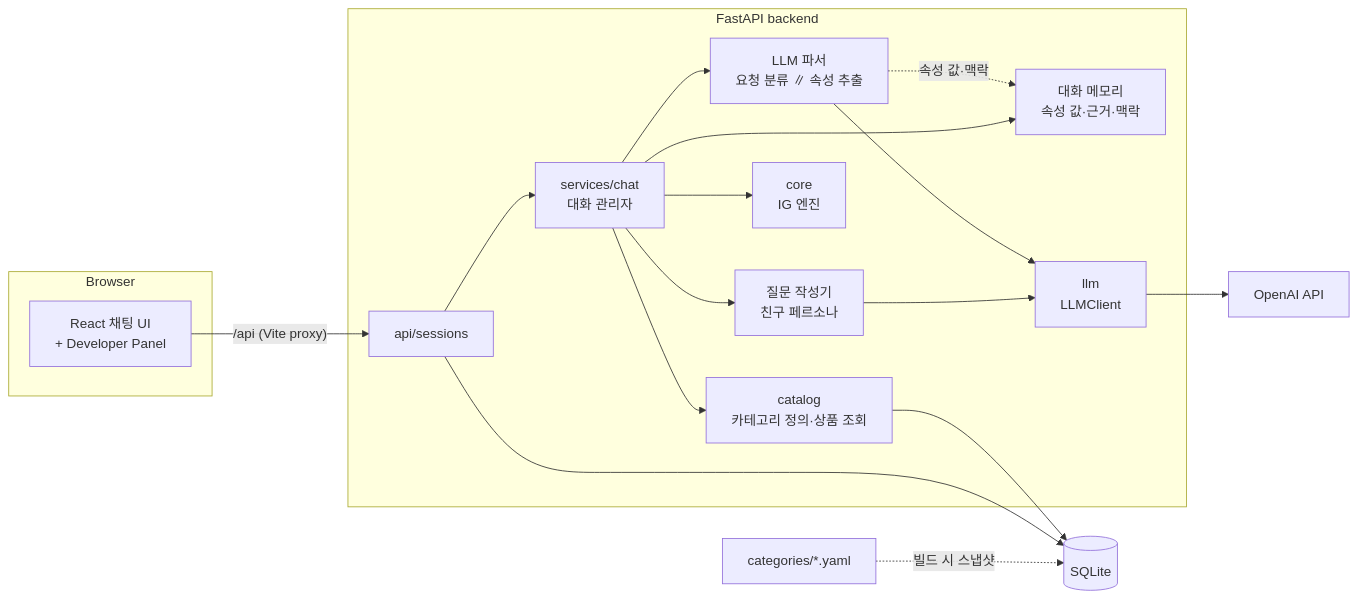
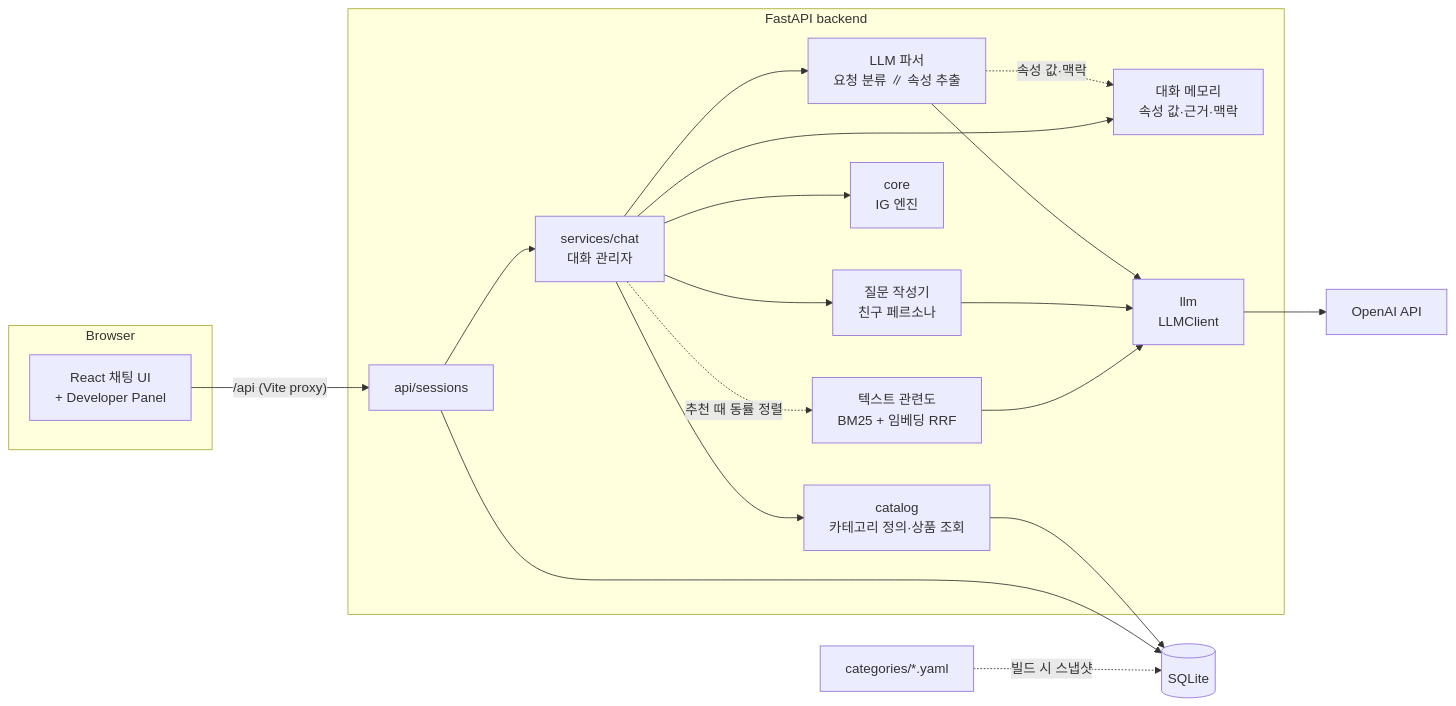
Before and after one commit to qazcdesnu/llm-hw2-demo: the first of 4 diagrams in docs/architecture.md, drawn with Mermaid. The commit also changed other lines of this file and 49 other files, not shown here.

First line of the commit message:
feat: 예산 직접 묻기, 영어 사용자 대응, 주 용도 동률 정렬, 텍스트 관련도, 팀 공유 문서

````diff
--- a/docs/architecture.md
+++ b/docs/architecture.md
@@ -13,31 +13,33 @@
 ```mermaid
 flowchart LR
     subgraph Browser
         UI[React 채팅 UI<br/>+ Developer Panel]
     end
     subgraph Backend[FastAPI backend]
         API[api/sessions]
         CHAT[services/chat<br/>대화 관리자]
         PARSER[LLM 파서<br/>요청 분류 ∥ 속성 추출]
         MEMORY[대화 메모리<br/>속성 값·근거·맥락]
         WRITER[질문 작성기<br/>친구 페르소나]
         CORE[core<br/>IG 엔진]
+        REL[텍스트 관련도<br/>BM25 + 임베딩 RRF]
         CATALOG[catalog<br/>카테고리 정의·상품 조회]
         LLM[llm<br/>LLMClient]
     end
     DB[(SQLite)]
     OPENAI[OpenAI API]
     YAML[categories/*.yaml]
 
     UI -- "/api (Vite proxy)" --> API
     API --> CHAT
     CHAT --> PARSER --> LLM --> OPENAI
     PARSER -. 속성 값·맥락 .-> MEMORY
     CHAT --> MEMORY
     CHAT --> WRITER --> LLM
     CHAT --> CORE
+    CHAT -. 추천 때 동률 정렬 .-> REL --> LLM
     CHAT --> CATALOG
     CATALOG --> DB
     API --> DB
     YAML -. 빌드 시 스냅샷 .-> DB
 ```
````
